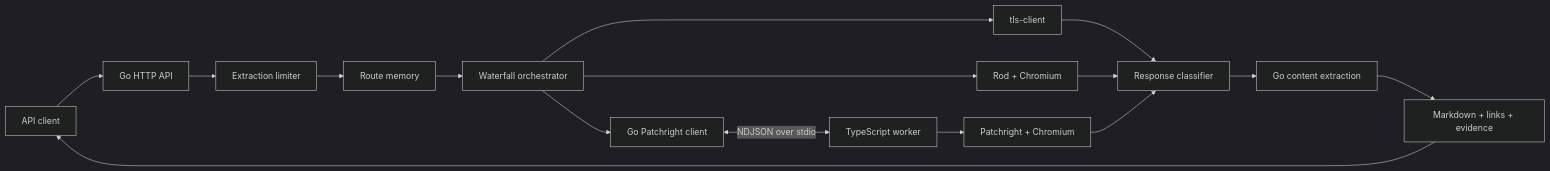
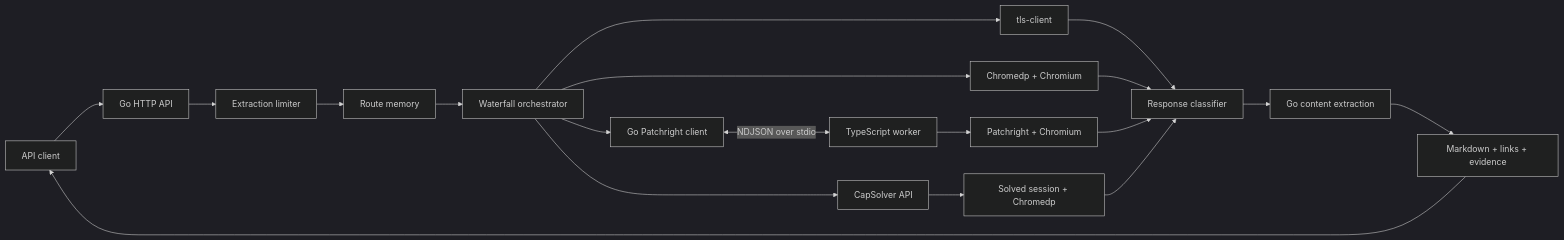
Before and after one commit to simonbalfe/pagelode: the first of 7 diagrams in docs/architecture.md, drawn with Mermaid (dark theme). The commit also changed other lines of this file and 57 other files, not shown here.

````diff
--- a/docs/architecture.md
+++ b/docs/architecture.md
@@ -17,20 +17,23 @@
 ```mermaid
 flowchart LR
     Caller[API client] --> API[Go HTTP API]
     API --> Limit[Extraction limiter]
     Limit --> Route[Route memory]
     Route --> Orchestrator[Waterfall orchestrator]
 
     Orchestrator --> TLS[tls-client]
-    Orchestrator --> Rod[Rod + Chromium]
+    Orchestrator --> Chromedp[Chromedp + Chromium]
     Orchestrator --> Bridge[Go Patchright client]
     Bridge <-->|NDJSON over stdio| Worker[TypeScript worker]
     Worker --> Patchright[Patchright + Chromium]
+    Orchestrator --> Solver[CapSolver API]
+    Solver --> SolvedBrowser[Solved session + Chromedp]
 
     TLS --> Classifier[Response classifier]
-    Rod --> Classifier
+    Chromedp --> Classifier
     Patchright --> Classifier
+    SolvedBrowser --> Classifier
     Classifier --> Extractor[Go content extraction]
     Extractor --> Result[Markdown + links + evidence]
     Result --> Caller
 ```
````
